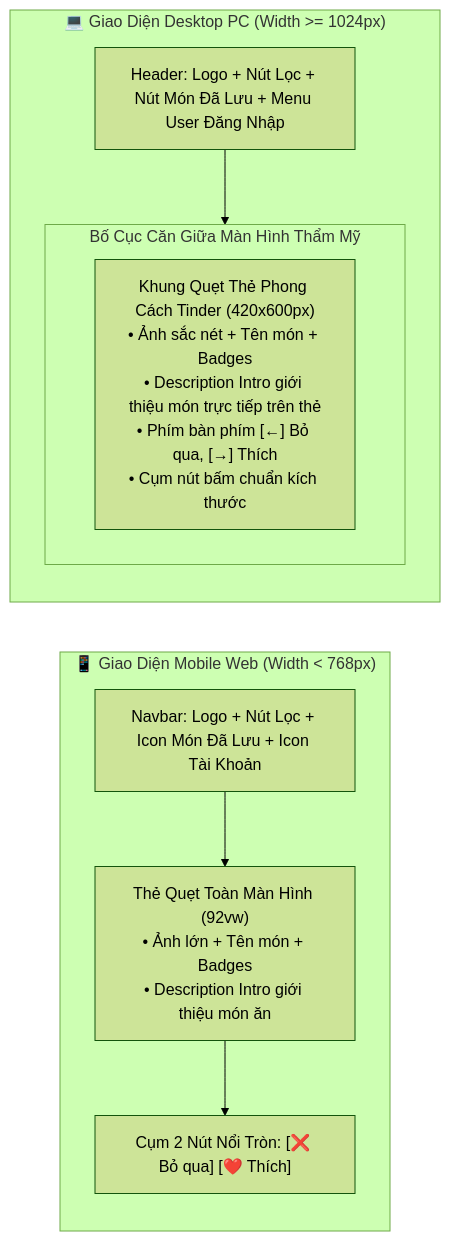
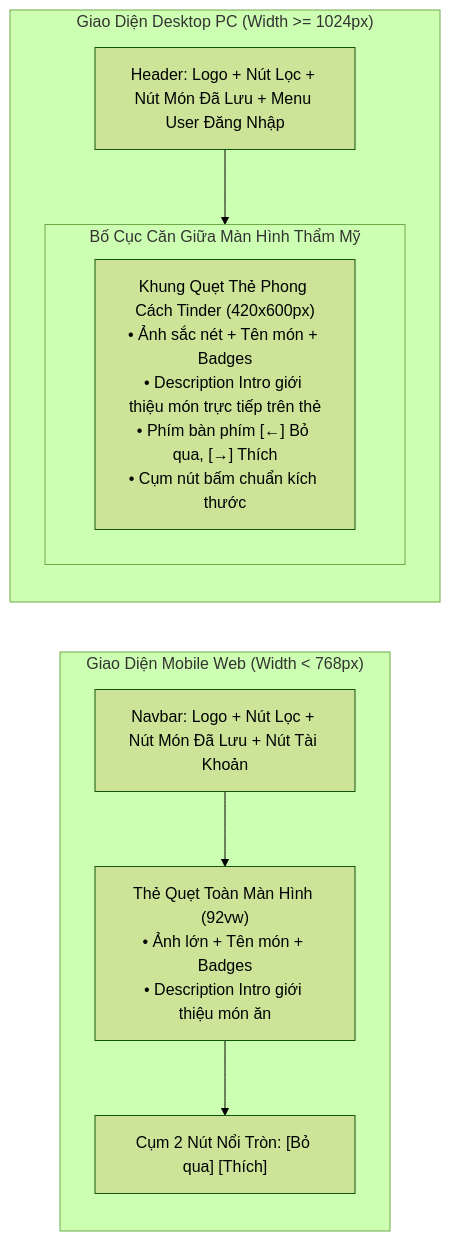
Before and after one commit to snowwminhduc1212/YumYumPick: the third of 3 diagrams in docs/03_USER_FLOW_AND_UIUX_SPEC.md, drawn with Mermaid (forest theme). The commit also changed other lines of this file and 11 other files, not shown here.

````diff
--- a/docs/03_USER_FLOW_AND_UIUX_SPEC.md
+++ b/docs/03_USER_FLOW_AND_UIUX_SPEC.md
@@ -103,19 +103,19 @@
 ```mermaid
 flowchart LR
-    subgraph MobileDevice["📱 Giao Diện Mobile Web (Width < 768px)"]
+    subgraph MobileDevice["Giao Diện Mobile Web (Width < 768px)"]
         direction TB
-        M_Nav["Navbar: Logo + Nút Lọc + Icon Món Đã Lưu + Icon Tài Khoản"]
+        M_Nav["Navbar: Logo + Nút Lọc + Nút Món Đã Lưu + Nút Tài Khoản"]
         M_Card["Thẻ Quẹt Toàn Màn Hình (92vw)\n• Ảnh lớn + Tên món + Badges\n• Description Intro giới thiệu món ăn"]
-        M_Btns["Cụm 2 Nút Nổi Tròn: [❌ Bỏ qua] [❤️ Thích]"]
+        M_Btns["Cụm 2 Nút Nổi Tròn: [Bỏ qua] [Thích]"]
         M_Nav --> M_Card --> M_Btns
     end
 
-    subgraph DesktopPC["💻 Giao Diện Desktop PC (Width >= 1024px)"]
+    subgraph DesktopPC["Giao Diện Desktop PC (Width >= 1024px)"]
         direction TB
         D_Nav["Header: Logo + Nút Lọc + Nút Món Đã Lưu + Menu User Đăng Nhập"]
         subgraph D_Body["Bố Cục Căn Giữa Màn Hình Thẩm Mỹ"]
             D_Col1["Khung Quẹt Thẻ Phong Cách Tinder (420x600px)\n• Ảnh sắc nét + Tên món + Badges\n• Description Intro giới thiệu món trực tiếp trên thẻ\n• Phím bàn phím [←] Bỏ qua, [→] Thích\n• Cụm nút bấm chuẩn kích thước"]
         end
         D_Nav --> D_Body
     end
 ```
````
